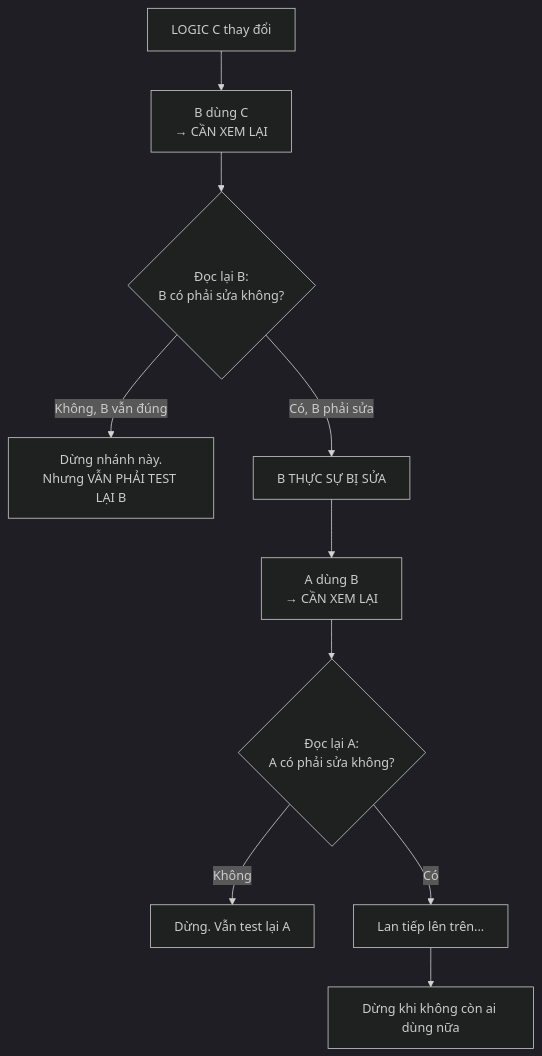
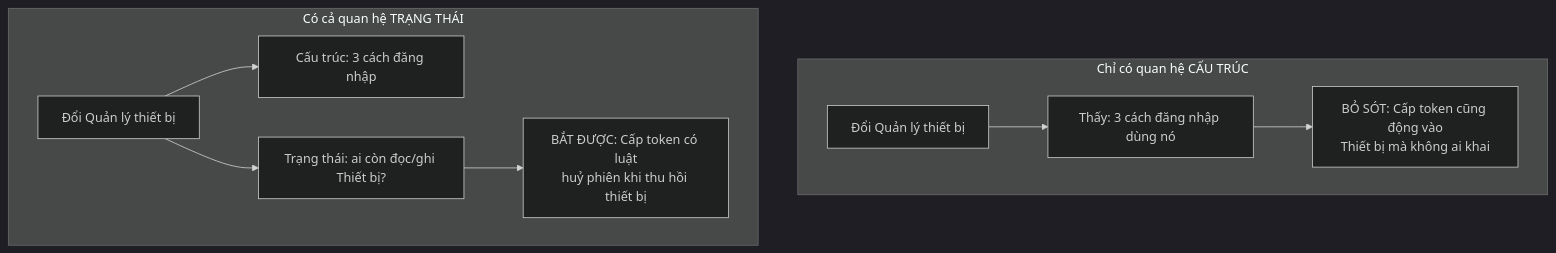
One commit to Kynderis/kendrick-ai-tools changed the second of 6 diagrams in answer.md. Above: the diagram before and after it, drawn with Mermaid (dark theme). The commit also changed other lines of this file and 2 other files, not shown here.

````diff
--- a/answer.md
+++ b/answer.md
@@ -58,12 +81,12 @@
 ```mermaid
 flowchart TD
-    C["LOGIC C thay đổi"] --> B1["B dùng C<br/>→ CẦN XEM LẠI"]
-    B1 --> Q{"Đọc lại B:<br/>B có phải sửa không?"}
-    Q -- "Không, B vẫn đúng" --> S1["Dừng nhánh này.<br/>Nhưng VẪN PHẢI TEST LẠI B"]
-    Q -- "Có, B phải sửa" --> B2["B THỰC SỰ BỊ SỬA"]
-    B2 --> A1["A dùng B<br/>→ CẦN XEM LẠI"]
-    A1 --> Q2{"Đọc lại A:<br/>A có phải sửa không?"}
-    Q2 -- "Không" --> S2["Dừng. Vẫn test lại A"]
-    Q2 -- "Có" --> A2["Lan tiếp lên trên..."]
-    A2 --> S3["Dừng khi không còn ai dùng nữa"]
+    subgraph S1["Chỉ có quan hệ CẤU TRÚC"]
+    A1["Đổi Quản lý thiết bị"] --> B1["Thấy: 3 cách đăng nhập dùng nó"]
+    B1 --> C1["BỎ SÓT: Cấp token cũng động vào<br/>Thiết bị mà không ai khai"]
+    end
+    subgraph S2["Có cả quan hệ TRẠNG THÁI"]
+    A2["Đổi Quản lý thiết bị"] --> B2["Cấu trúc: 3 cách đăng nhập"]
+    A2 --> C2["Trạng thái: ai còn đọc/ghi Thiết bị?"]
+    C2 --> D2["BẮT ĐƯỢC: Cấp token có luật<br/>huỷ phiên khi thu hồi thiết bị"]
+    end
 ```
````
